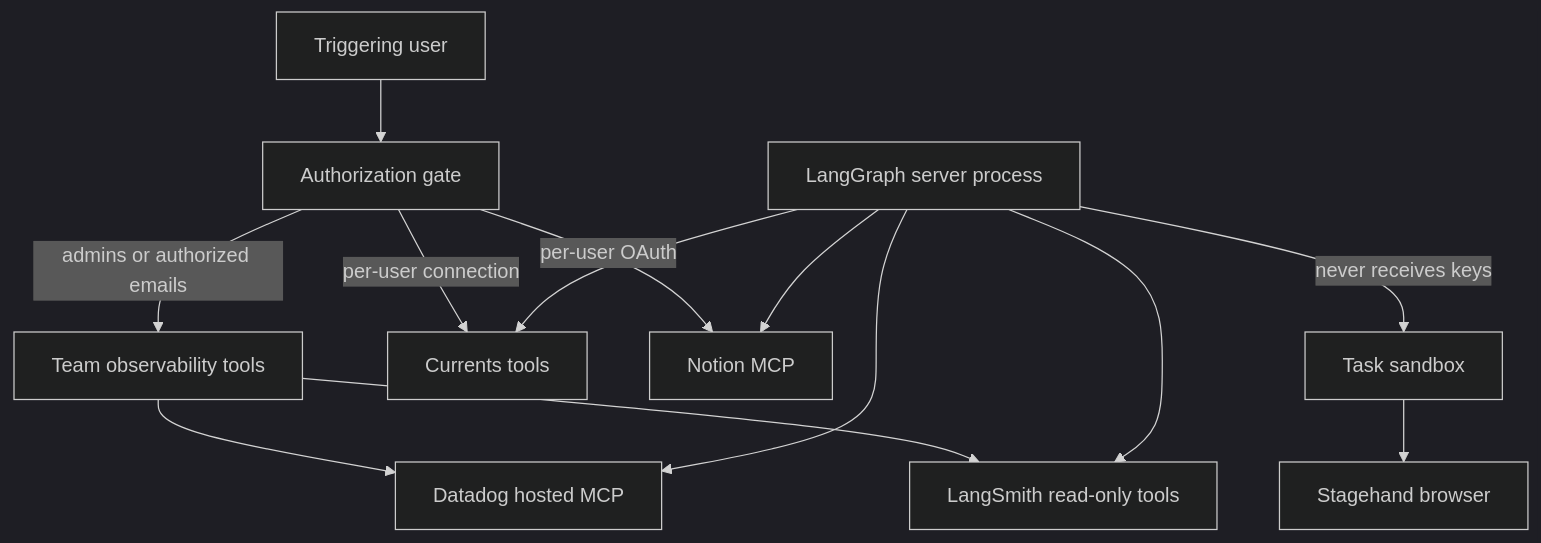
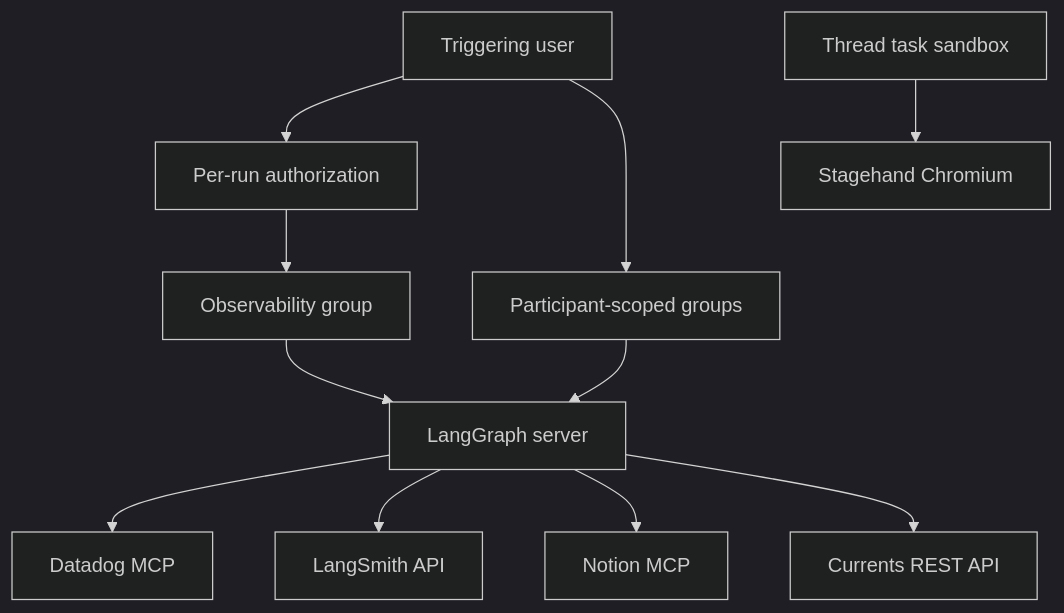
The diagram in openwiki/integrations/observability-and-mcp.md (langchain-ai/open-swe), drawn with Mermaid (dark theme) before and after one commit. The commit also changed other lines of this file and 52 other files, not shown here.

````diff
--- a/openwiki/integrations/observability-and-mcp.md
+++ b/openwiki/integrations/observability-and-mcp.md
@@ -75,15 +65,13 @@
 ```mermaid
 flowchart TD
-  User["Triggering user"] --> Gate["Authorization gate"]
-  Gate -->|"admins or authorized emails"| Team["Team observability tools"]
-  Team --> DD["Datadog hosted MCP"]
-  Team --> LS["LangSmith read-only tools"]
-  Gate -->|"per-user connection"| Cur["Currents tools"]
-  Gate -->|"per-user OAuth"| Notion["Notion MCP"]
-  Server["LangGraph server process"] --> DD
-  Server --> LS
-  Server --> Cur
-  Server --> Notion
-  Server -->|"never receives keys"| Sandbox["Task sandbox"]
-  Sandbox --> Stage["Stagehand browser"]
+  Trigger["Triggering user"] --> Gate["Per-run authorization"]
+  Gate --> Obs["Observability group"]
+  Trigger --> Personal["Participant-scoped groups"]
+  Obs --> Server["LangGraph server"]
+  Personal --> Server
+  Server --> Datadog["Datadog MCP"]
+  Server --> LangSmith["LangSmith API"]
+  Server --> Notion["Notion MCP"]
+  Server --> Currents["Currents REST API"]
+  Sandbox["Thread task sandbox"] --> Browser["Stagehand Chromium"]
 ```
````
